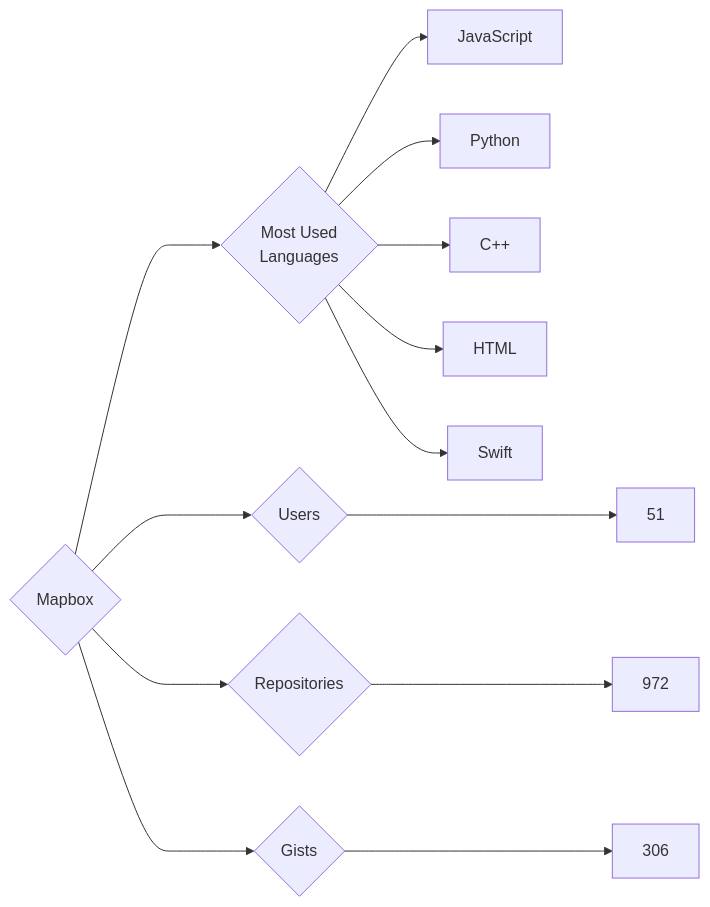
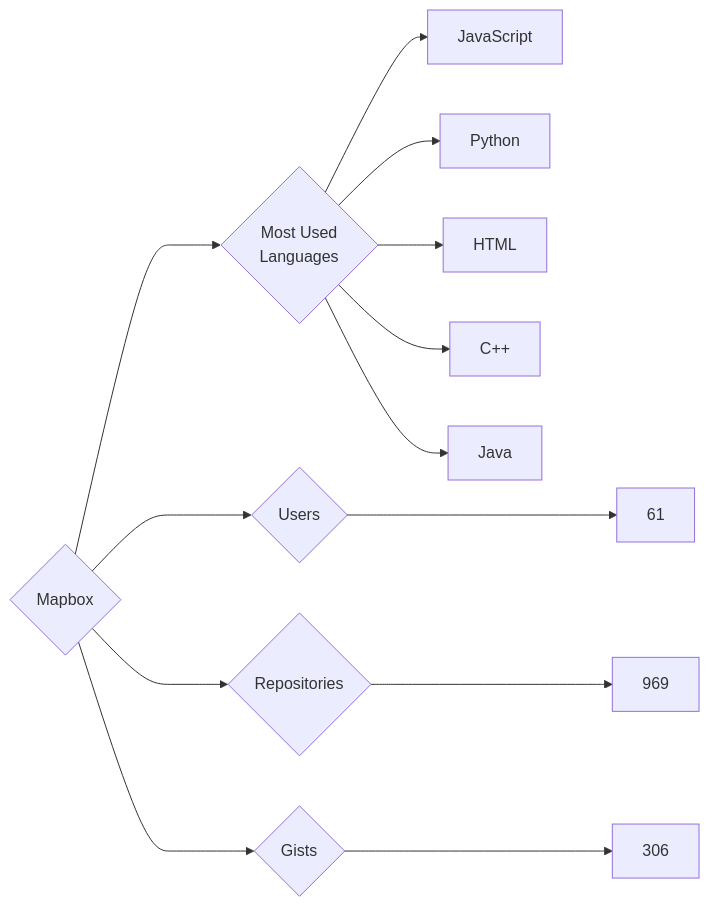
One commit to trickest/insiders changed the diagram in targets/Mapbox/README.md. Above: the diagram before and after it, drawn with Mermaid. The commit also changed 900 other files, not shown here.

````diff
--- a/targets/Mapbox/README.md
+++ b/targets/Mapbox/README.md
@@ -3,13 +3,13 @@
 ```mermaid
 graph LR
 COMPANY_NAME{Mapbox}
-COMPANY_NAME ---> U{Users} ---> UN[51]
-COMPANY_NAME ---> R{Repositories} ---> RN[972]
+COMPANY_NAME ---> U{Users} ---> UN[61]
+COMPANY_NAME ---> R{Repositories} ---> RN[969]
 COMPANY_NAME ---> G{Gists} ---> GN[306]
 COMPANY_NAME ---> ML{Most Used<br>Languages}
 ML --> JavaScript[JavaScript]
 ML --> Python[Python]
+ML --> HTML[HTML]
 ML --> C++[C++]
-ML --> HTML[HTML]
-ML --> Swift[Swift]
+ML --> Java[Java]
 ```
````
